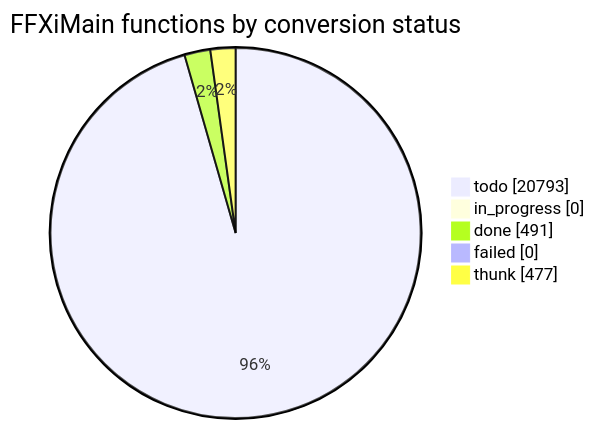
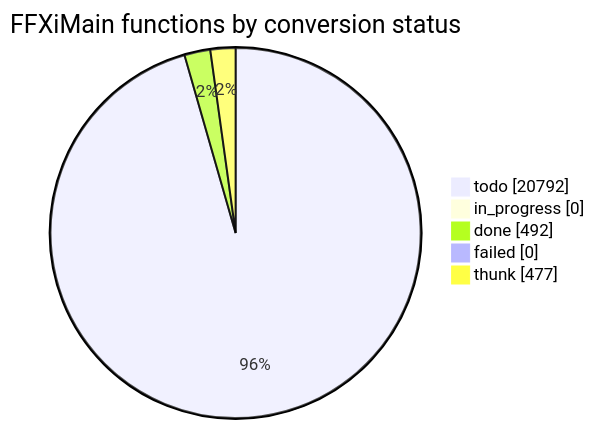
Before and after one commit to cowrevenge/cow_kuluu_xi_anything: the diagram in docs/cow/STATUS.md, drawn with Mermaid. The commit also changed other lines of this file and 9 other files, not shown here.

````diff
--- a/docs/cow/STATUS.md
+++ b/docs/cow/STATUS.md
@@ -18,9 +18,9 @@
 ```mermaid
 pie showData
     title FFXiMain functions by conversion status
-    "todo" : 20793
+    "todo" : 20792
     "in_progress" : 0
-    "done" : 491
+    "done" : 492
     "failed" : 0
     "thunk" : 477
 ```
````
